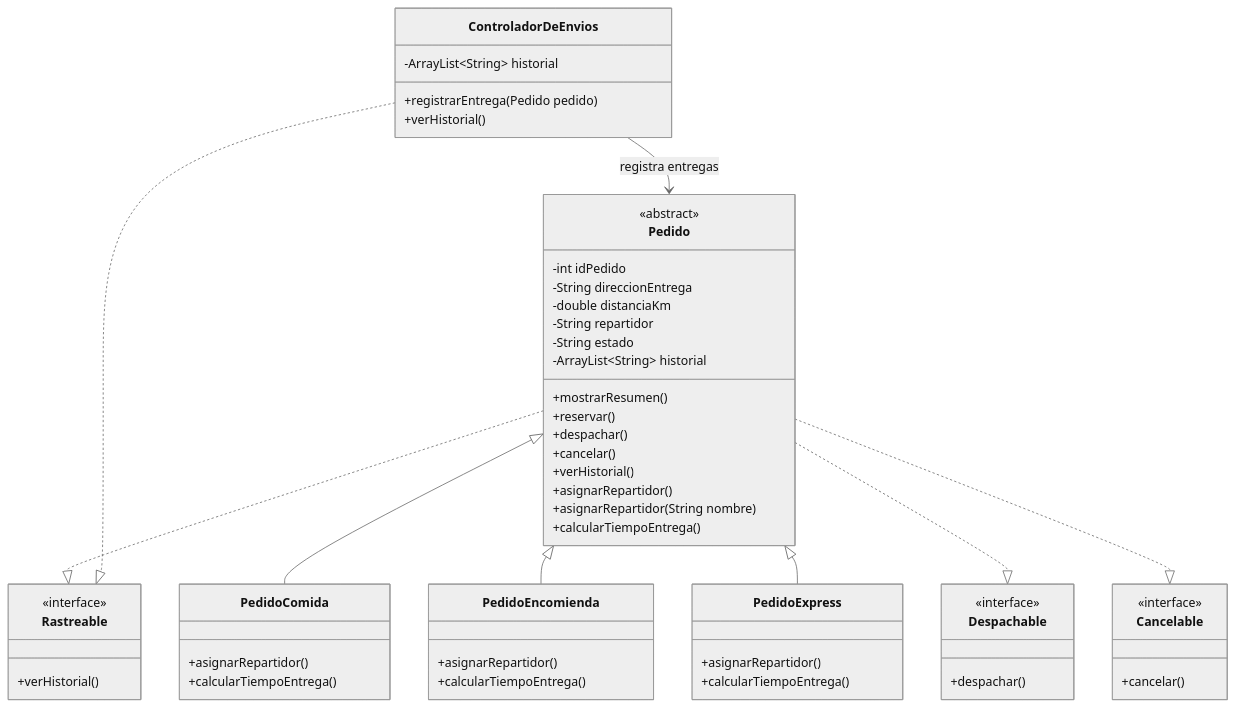
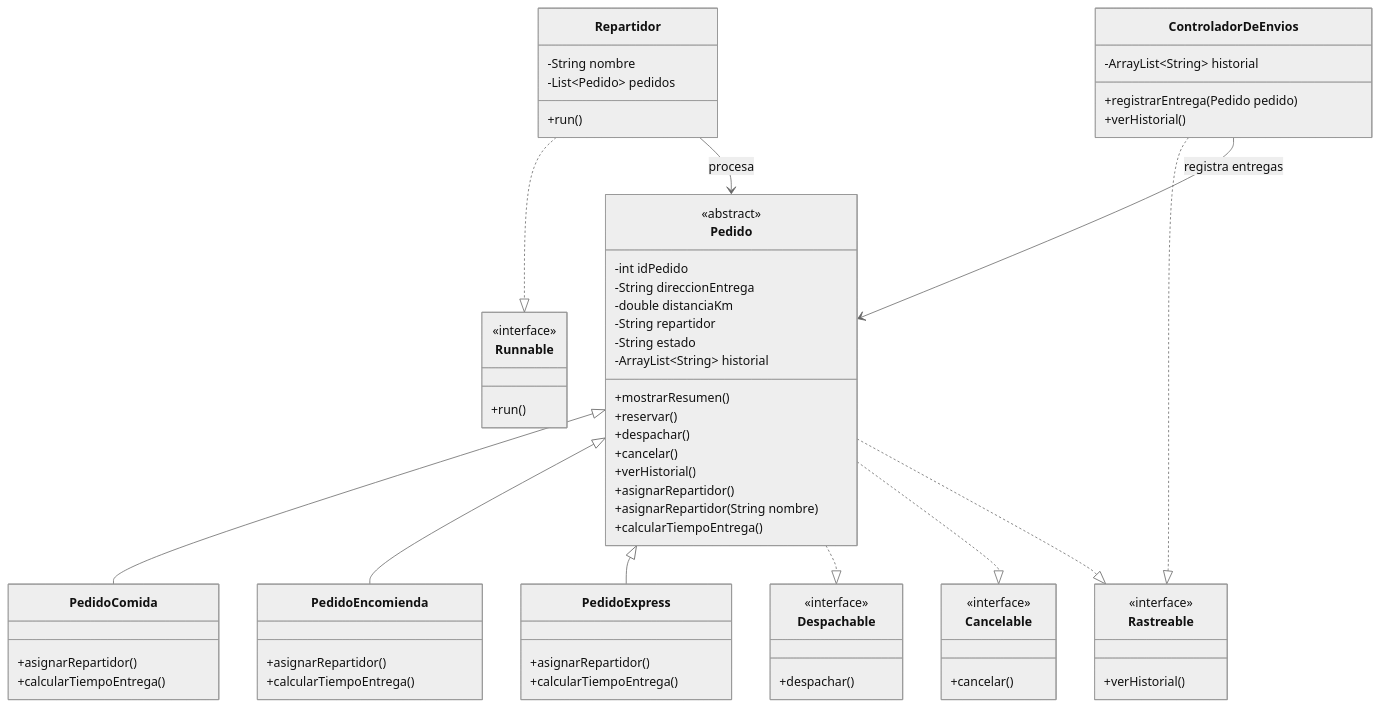
The diagram in README.md (vicentesanz/SpeedFast), drawn with Mermaid (neutral theme) before and after one commit. The commit also changed other lines of this file and 1 other file, not shown here.

````diff
--- a/README.md
+++ b/README.md
@@ -208,68 +228,82 @@
 ```mermaid
 classDiagram
 
 class Pedido {
     <<abstract>>
     -int idPedido
     -String direccionEntrega
     -double distanciaKm
     -String repartidor
     -String estado
     -ArrayList~String~ historial
     +mostrarResumen()
     +reservar()
     +despachar()
     +cancelar()
     +verHistorial()
     +asignarRepartidor()
     +asignarRepartidor(String nombre)
     +calcularTiempoEntrega()
 }
 
 class PedidoComida {
     +asignarRepartidor()
     +calcularTiempoEntrega()
 }
 
 class PedidoEncomienda {
     +asignarRepartidor()
     +calcularTiempoEntrega()
 }
 
 class PedidoExpress {
     +asignarRepartidor()
     +calcularTiempoEntrega()
 }
 
+class Repartidor {
+    -String nombre
+    -List~Pedido~ pedidos
+    +run()
+}
+
 class Despachable {
     <<interface>>
     +despachar()
 }
 
 class Cancelable {
     <<interface>>
     +cancelar()
 }
 
 class Rastreable {
     <<interface>>
     +verHistorial()
+}
+
+class Runnable {
+    <<interface>>
+    +run()
 }
 
 class ControladorDeEnvios {
     -ArrayList~String~ historial
     +registrarEntrega(Pedido pedido)
     +verHistorial()
 }
 
 Pedido <|-- PedidoComida
 Pedido <|-- PedidoEncomienda
 Pedido <|-- PedidoExpress
 
 Pedido ..|> Despachable
 Pedido ..|> Cancelable
 Pedido ..|> Rastreable
 
 ControladorDeEnvios ..|> Rastreable
 ControladorDeEnvios --> Pedido : registra entregas
+
+Repartidor ..|> Runnable
+Repartidor --> Pedido : procesa
 ```
````
